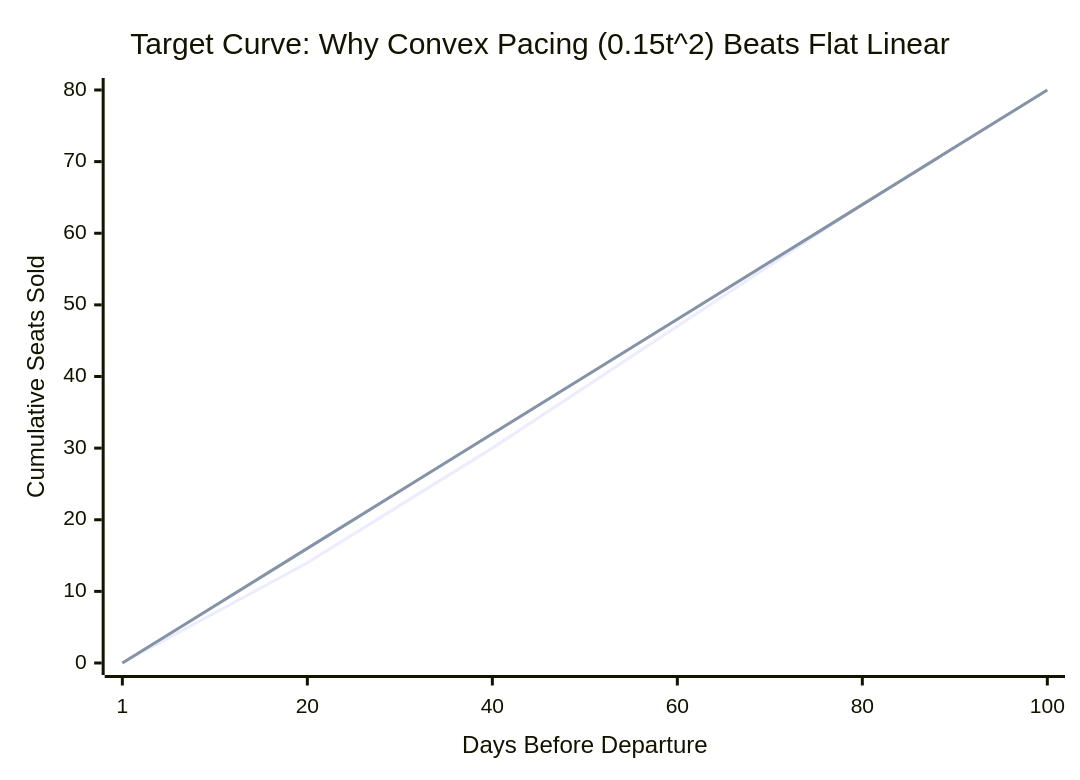
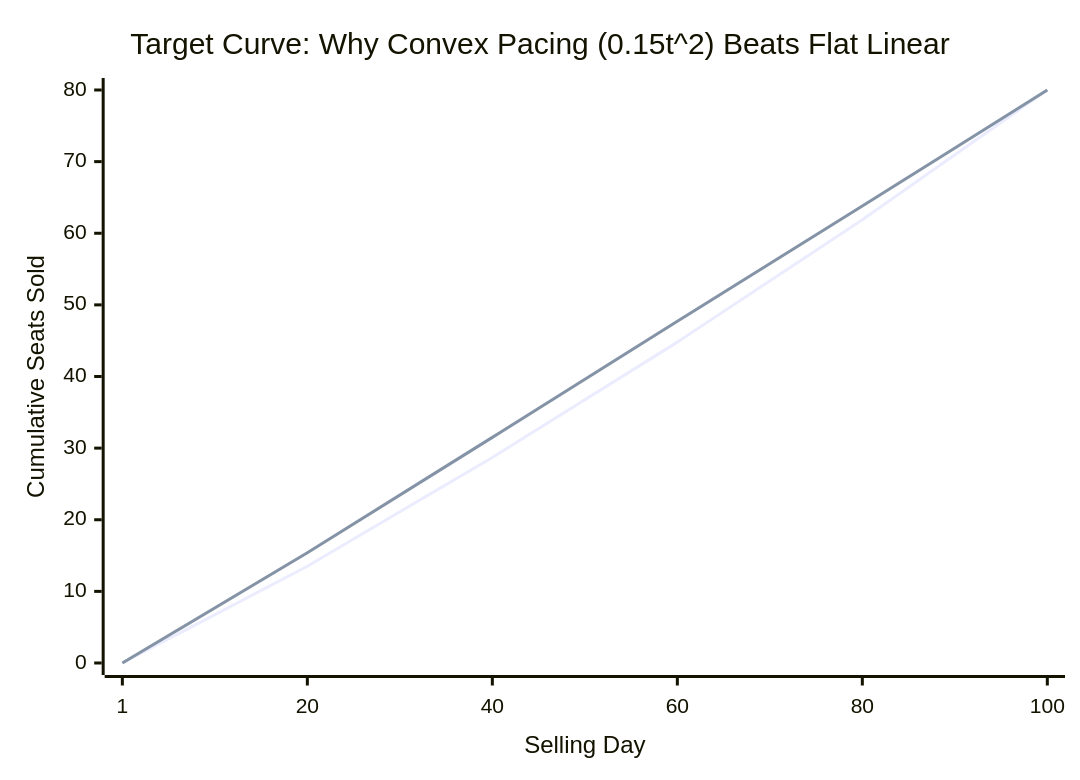
The third of 4 diagrams in PRESENTATION.md (RamezCh/Learning-Optimization), drawn with Mermaid before and after one commit. The commit also changed other lines of this file and 28 other files, not shown here.

````diff
--- a/PRESENTATION.md
+++ b/PRESENTATION.md
@@ -112,8 +111,8 @@
 ```mermaid
 xychart-beta
     title "Target Curve: Why Convex Pacing (0.15t^2) Beats Flat Linear"
-    x-axis "Days Before Departure" [1, 20, 40, 60, 80, 100]
+    x-axis "Selling Day" [1, 20, 40, 60, 80, 100]
     y-axis "Cumulative Seats Sold" 0 --> 80
-    line "Target Curve: 80 * (0.85t + 0.15t^2)" [0, 14, 30, 47, 64, 80]
-    line "Naive Linear Pace: 0.80 seats/day" [0, 16, 32, 48, 64, 80]
+    line "Target Curve: 80 * (0.85t + 0.15t^2)" [0, 13.5, 28.7, 44.8, 61.9, 80]
+    line "Naive Linear Pace: 80 * t" [0, 15.4, 31.5, 47.7, 63.8, 80]
 ```
````
